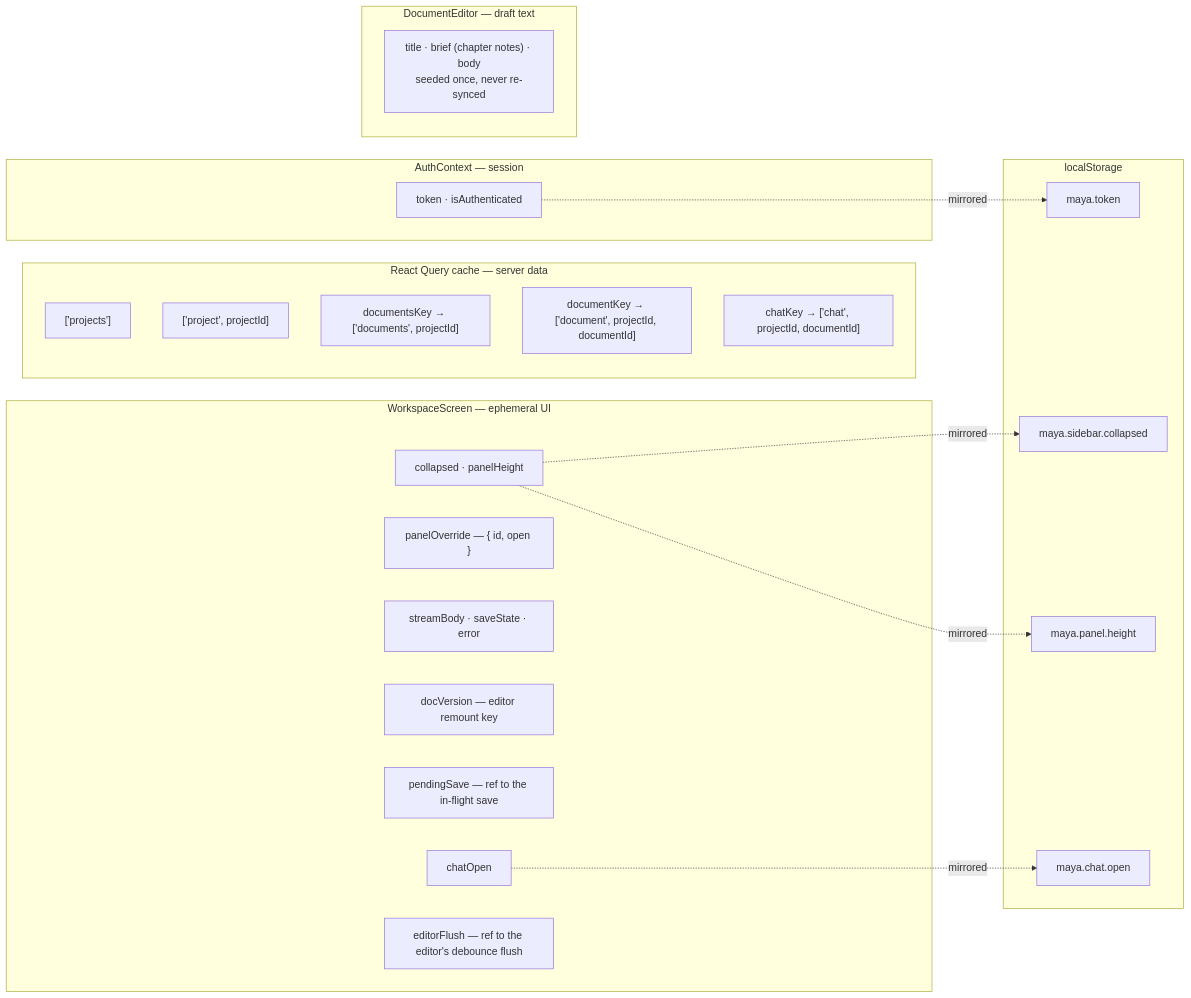
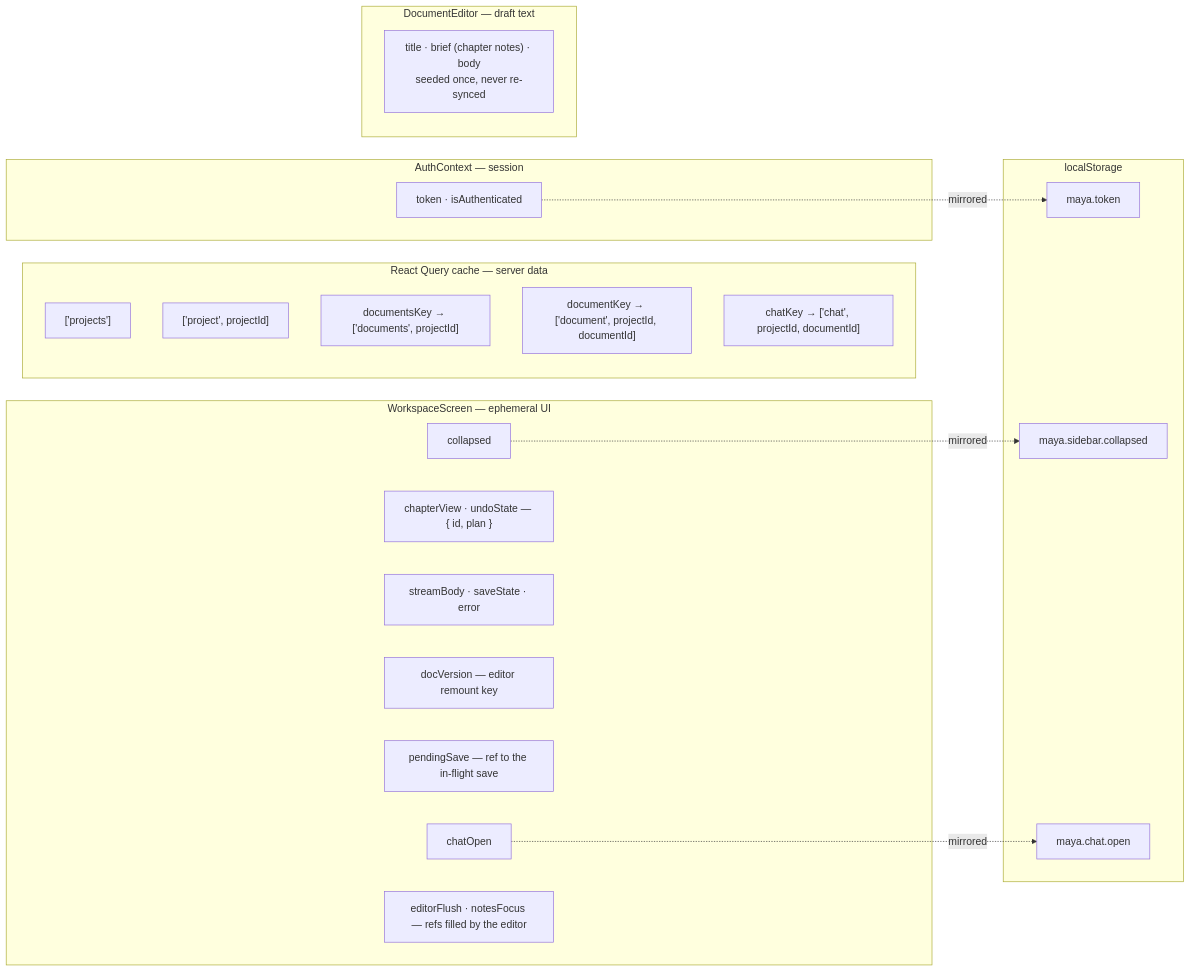
The third of 3 diagrams in docs/diagrams/04-frontend-architecture.md (Akazz-L/maya), drawn with Mermaid before and after one commit. The commit also changed other lines of this file and 15 other files, not shown here.

First line of the commit message:
feat: replace the plan panel with Write / Plan / Issues chapter views

````diff
--- a/docs/diagrams/04-frontend-architecture.md
+++ b/docs/diagrams/04-frontend-architecture.md
@@ -117,40 +118,38 @@
 ```mermaid
 graph LR
     subgraph rq["React Query cache — server data"]
         K1["['projects']"]
         K2["['project', projectId]"]
         K3["documentsKey → ['documents', projectId]"]
         K4["documentKey → ['document', projectId, documentId]"]
         K5["chatKey → ['chat', projectId, documentId]"]
     end
 
     subgraph ctx["AuthContext — session"]
         T["token · isAuthenticated"]
     end
 
     subgraph local["WorkspaceScreen — ephemeral UI"]
-        L1["collapsed · panelHeight"]
-        L2["panelOverride — { id, open }"]
+        L1["collapsed"]
+        L2["chapterView · undoState — { id, plan }"]
         L3["streamBody · saveState · error"]
         L4["docVersion — editor remount key"]
         L5["pendingSave — ref to the in-flight save"]
         L6["chatOpen"]
-        L7["editorFlush — ref to the editor's debounce flush"]
+        L7["editorFlush · notesFocus — refs filled by the editor"]
     end
 
     subgraph ed["DocumentEditor — draft text"]
         E1["title · brief (chapter notes) · body<br/>seeded once, never re-synced"]
     end
 
     subgraph ls["localStorage"]
         S1["maya.token"]
         S2["maya.sidebar.collapsed"]
-        S3["maya.panel.height"]
         S4["maya.chat.open"]
     end
 
     T -.->|mirrored| S1
     L1 -.->|mirrored| S2
-    L1 -.->|mirrored| S3
     L6 -.->|mirrored| S4
 ```
````
